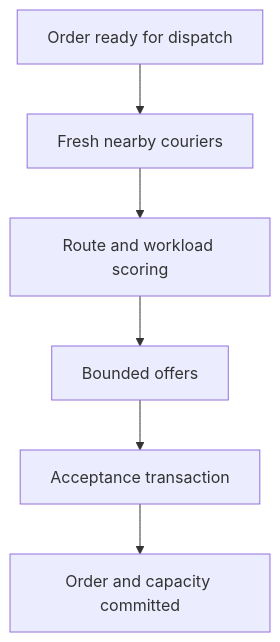
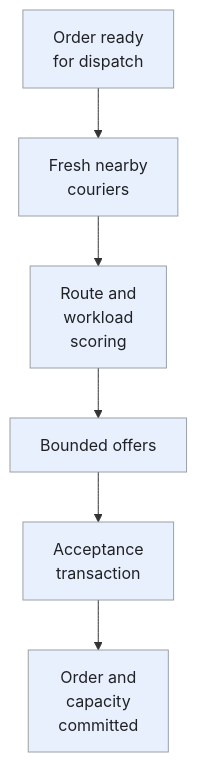
One commit to iliazlobin/iliazlobin.github.io changed the fourth of 4 diagrams in _designs/system-design-local-delivery.md. Above: the diagram before and after it, drawn with Mermaid. The commit also changed other lines of this file and 131 other files, not shown here.

````diff
--- a/_designs/system-design-local-delivery.md
+++ b/_designs/system-design-local-delivery.md
@@ -227,8 +294,12 @@
 ```mermaid
 flowchart TB
-  O["Order ready for dispatch"] --> G["Fresh nearby couriers"]
-  G --> S["Route and workload scoring"]
+  O["Order ready<br>for dispatch"] --> G["Fresh nearby<br>couriers"]
+  G --> S["Route and<br>workload<br>scoring"]
   S --> F["Bounded offers"]
-  F --> A["Acceptance transaction"]
-  A --> C["Order and capacity committed"]
+  F --> A["Acceptance<br>transaction"]
+  A --> C["Order and<br>capacity<br>committed"]
+  classDef request fill:#e8f0fe,stroke:#9aa0a6,color:#202124,stroke-width:1px
+  classDef background fill:#e6f4ea,stroke:#9aa0a6,color:#202124,stroke-width:1px
+  classDef control fill:#fef7e0,stroke:#9aa0a6,color:#202124,stroke-width:1px
+  class O,G,S,F,A,C request
 ```
````
